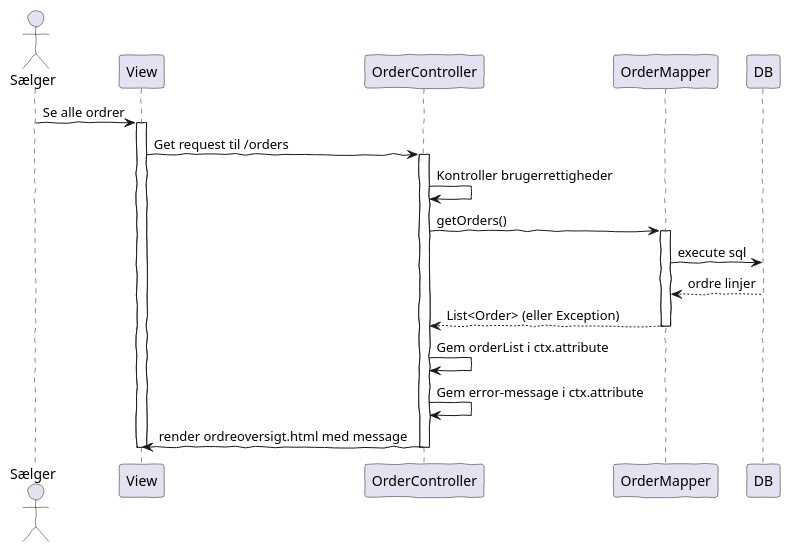
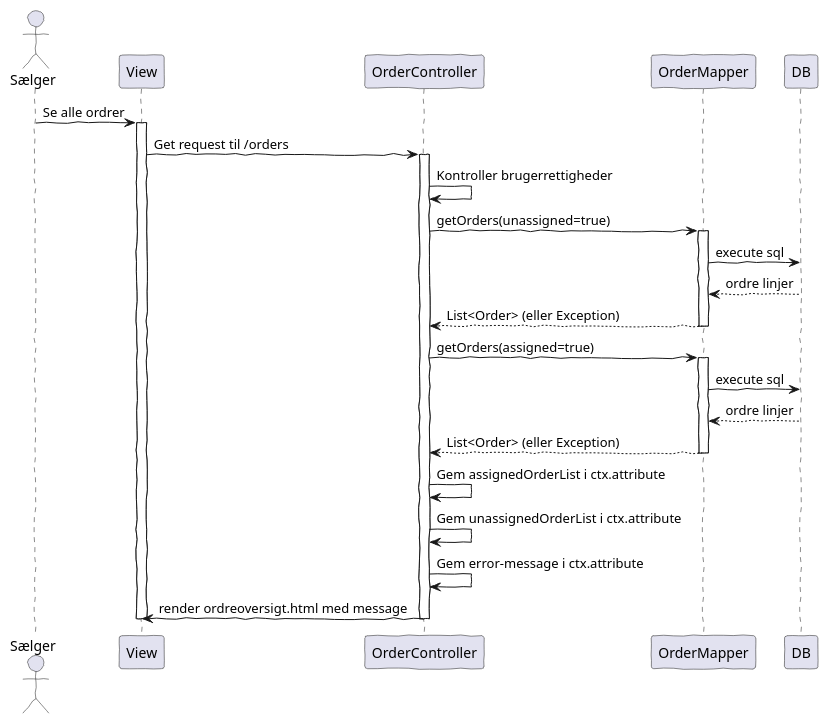
The diagram in docs/us6-sequence.puml (AndyTheDragon/Fog-projektet), drawn with PlantUML before and after one commit. The commit also changed 1 other file, not shown here.

Commit message:
Tilføjet assigned/unassigned orders til us-4 og us-6

```diff
--- a/docs/us6-sequence.puml
+++ b/docs/us6-sequence.puml
@@ -1,32 +1,40 @@
 @startuml
 'https://plantuml.com/sequence-diagram
 !pragma layout smetana
 skinparam handwritten true
 
 actor Sælger
 participant View as V
 participant "OrderController" as C
 participant "OrderMapper" as M
 participant DB
 
 
 Sælger -> V: Se alle ordrer
 activate V
 
 V -> C: Get request til /orders
 activate C
 C -> C: Kontroller brugerrettigheder
-C -> M: getOrders()
+C -> M: getOrders(unassigned=true)
 activate M
 M -> DB: execute sql
 DB --> M: ordre linjer
 M --> C: List<Order> (eller Exception)
 deactivate M
-C -> C: Gem orderList i ctx.attribute
+
+C -> M: getOrders(assigned=true)
+activate M
+M -> DB: execute sql
+DB --> M: ordre linjer
+M --> C: List<Order> (eller Exception)
+deactivate M
+C -> C: Gem assignedOrderList i ctx.attribute
+C -> C: Gem unassignedOrderList i ctx.attribute
 C -> C: Gem error-message i ctx.attribute
 C -> V: render ordreoversigt.html med message
 deactivate C
 
 deactivate V
 
 @enduml
```
